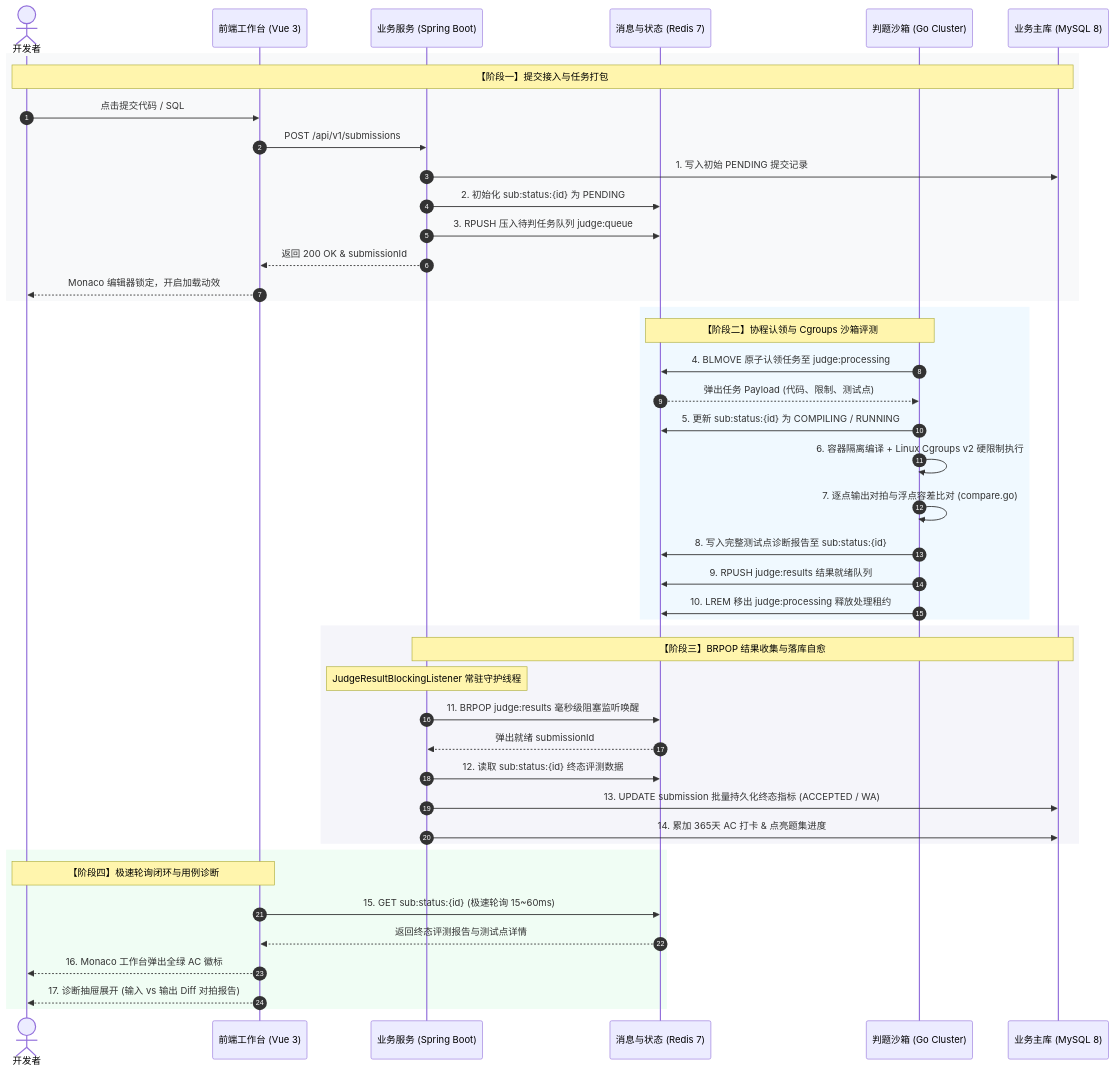
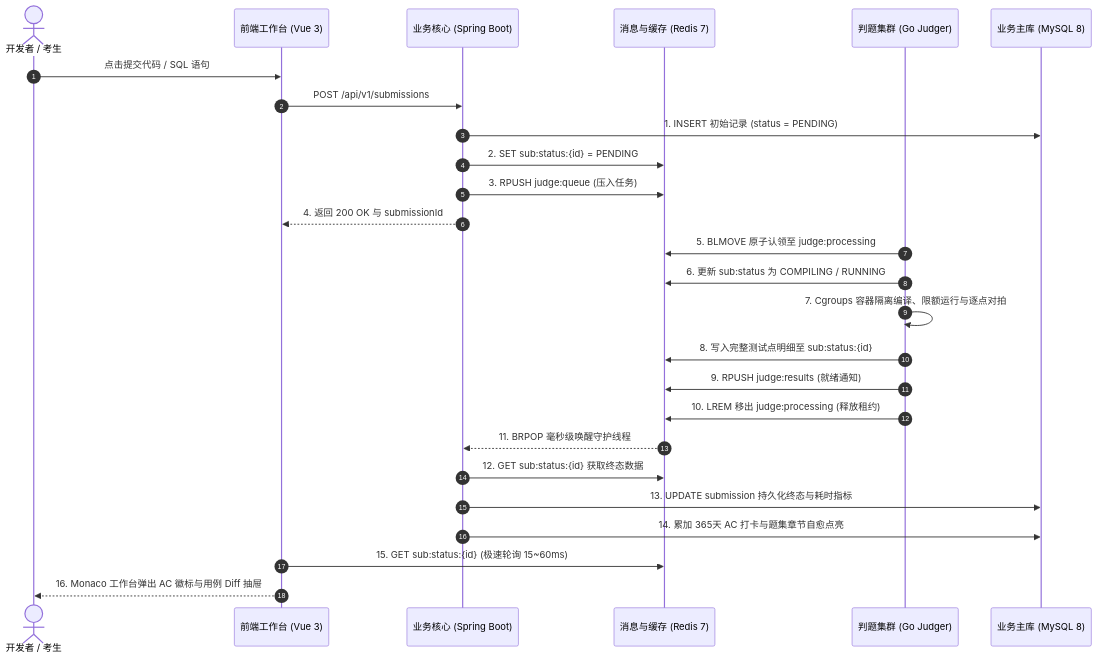
One commit to zheco68-collab/kece changed the second of 3 diagrams in README.md. Above: the diagram before and after it, drawn with Mermaid. The commit also changed other lines of this file and 2 other files, not shown here.

Commit message:
docs: overhaul README with minimalist industrial design, clean typography, and legible architecture flow

````diff
--- a/README.md
+++ b/README.md
@@ -301,55 +119,32 @@
 ```mermaid
 sequenceDiagram
     autonumber
-    actor User as 开发者
+    actor Dev as 开发者 / 考生
     participant Web as 前端工作台 (Vue 3)
-    participant Server as 业务服务 (Spring Boot)
-    participant Redis as 消息与状态 (Redis 7)
-    participant Judger as 判题沙箱 (Go Cluster)
+    participant App as 业务核心 (Spring Boot)
+    participant Redis as 消息与缓存 (Redis 7)
+    participant Judger as 判题集群 (Go Judger)
     participant DB as 业务主库 (MySQL 8)
 
-    %% 阶段一：提交接入与任务打包
-    rect rgb(248, 249, 250)
-        Note over User,DB: 【阶段一】提交接入与任务打包
-        User->>Web: 点击提交代码 / SQL
-        Web->>Server: POST /api/v1/submissions
-        Server->>DB: 1. 写入初始 PENDING 提交记录
-        Server->>Redis: 2. 初始化 sub:status:{id} 为 PENDING
-        Server->>Redis: 3. RPUSH 压入待判任务队列 judge:queue
-        Server-->>Web: 返回 200 OK & submissionId
-        Web-->>User: Monaco 编辑器锁定，开启加载动效
-    end
+    Dev->>Web: 点击提交代码 / SQL 语句
+    Web->>App: POST /api/v1/submissions
+    App->>DB: 1. INSERT 初始记录 (status = PENDING)
+    App->>Redis: 2. SET sub:status:{id} = PENDING
+    App->>Redis: 3. RPUSH judge:queue (压入任务)
+    App-->>Web: 4. 返回 200 OK 与 submissionId
+    
+    Judger->>Redis: 5. BLMOVE 原子认领至 judge:processing
+    Judger->>Redis: 6. 更新 sub:status 为 COMPILING / RUNNING
+    Judger->>Judger: 7. Cgroups 容器隔离编译、限额运行与逐点对拍
+    Judger->>Redis: 8. 写入完整测试点明细至 sub:status:{id}
+    Judger->>Redis: 9. RPUSH judge:results (就绪通知)
+    Judger->>Redis: 10. LREM 移出 judge:processing (释放租约)
 
-    %% 阶段二：协程认领与 Cgroups 沙箱评测
-    rect rgb(240, 249, 255)
-        Note over Redis,Judger: 【阶段二】协程认领与 Cgroups 沙箱评测
-        Judger->>Redis: 4. BLMOVE 原子认领任务至 judge:processing
-        Redis-->>Judger: 弹出任务 Payload (代码、限制、测试点)
-        Judger->>Redis: 5. 更新 sub:status:{id} 为 COMPILING / RUNNING
-        Judger->>Judger: 6. 容器隔离编译 + Linux Cgroups v2 硬限制执行
-        Judger->>Judger: 7. 逐点输出对拍与浮点容差比对 (compare.go)
-        Judger->>Redis: 8. 写入完整测试点诊断报告至 sub:status:{id}
-        Judger->>Redis: 9. RPUSH judge:results 结果就绪队列
-        Judger->>Redis: 10. LREM 移出 judge:processing 释放处理租约
-    end
+    Redis-->>App: 11. BRPOP 毫秒级唤醒守护线程
+    App->>Redis: 12. GET sub:status:{id} 获取终态数据
+    App->>DB: 13. UPDATE submission 持久化终态与耗时指标
+    App->>DB: 14. 累加 365天 AC 打卡与题集章节自愈点亮
 
-    %% 阶段三：BRPOP 结果收集与落库自愈
-    rect rgb(245, 245, 250)
-        Note over Server,DB: 【阶段三】BRPOP 结果收集与落库自愈
-        Note over Server: JudgeResultBlockingListener 常驻守护线程
-        Server->>Redis: 11. BRPOP judge:results 毫秒级阻塞监听唤醒
-        Redis-->>Server: 弹出就绪 submissionId
-        Server->>Redis: 12. 读取 sub:status:{id} 终态评测数据
-        Server->>DB: 13. UPDATE submission 批量持久化终态指标 (ACCEPTED / WA)
-        Server->>DB: 14. 累加 365天 AC 打卡 & 点亮题集进度
-    end
-
-    %% 阶段四：极速轮询闭环与用例诊断
-    rect rgb(240, 253, 244)
-        Note over User,Web: 【阶段四】极速轮询闭环与用例诊断
-        Web->>Redis: 15. GET sub:status:{id} (极速轮询 15~60ms)
-        Redis-->>Web: 返回终态评测报告与测试点详情
-        Web-->>User: 16. Monaco 工作台弹出全绿 AC 徽标
-        Web-->>User: 17. 诊断抽屉展开 (输入 vs 输出 Diff 对拍报告)
-    end
+    Web->>Redis: 15. GET sub:status:{id} (极速轮询 15~60ms)
+    Web-->>Dev: 16. Monaco 工作台弹出 AC 徽标与用例 Diff 抽屉
 ```
````
